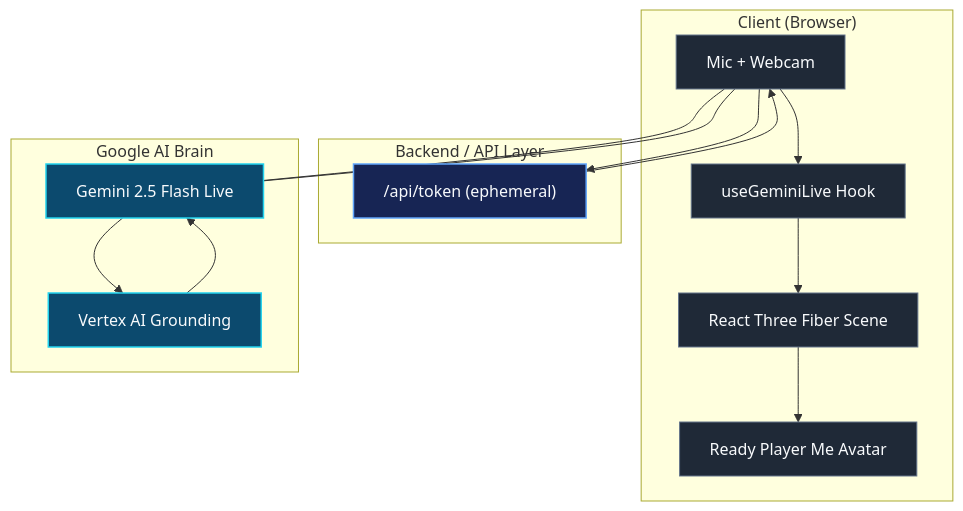
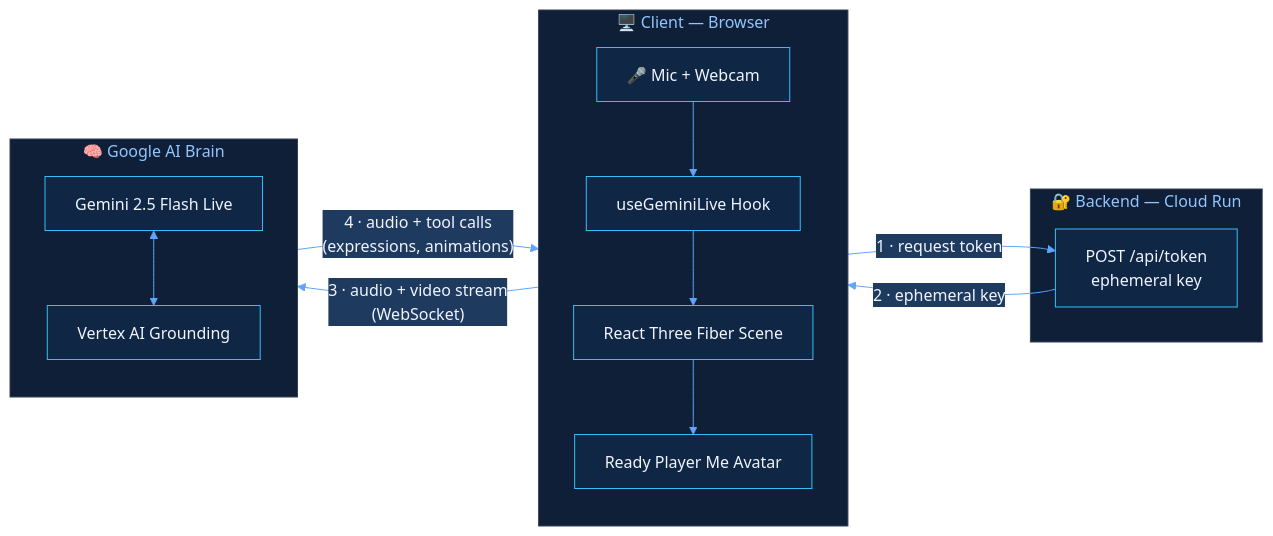
Before and after one commit to Kshitijm7/digital-persona: the first of 2 diagrams in docs/architecture.md, drawn with Mermaid. The commit also changed other lines of this file and 20 other files, not shown here.

````diff
--- a/docs/architecture.md
+++ b/docs/architecture.md
@@ -9,33 +12,28 @@
 ```mermaid
-flowchart TD
-    classDef client fill:#111827,stroke:#38bdf8,stroke-width:1.5px,color:#f8fafc
-    classDef backend fill:#172554,stroke:#60a5fa,stroke-width:1.5px,color:#f8fafc
-    classDef model fill:#0c4a6e,stroke:#22d3ee,stroke-width:1.5px,color:#f8fafc
-    classDef component fill:#1f2937,stroke:#64748b,stroke-width:1px,color:#f8fafc
-
-    subgraph "Client (Browser)"
-        MIC["Mic + Webcam"]:::component
-        HOOK["useGeminiLive Hook"]:::component
-        R3F["React Three Fiber Scene"]:::component
-        AVATAR["Ready Player Me Avatar"]:::component
-        MIC --> HOOK
-        HOOK --> R3F
-        R3F --> AVATAR
+%%{init: { 'theme': 'base', 'look': 'default', 'themeVariables': { 'primaryColor': '#1e3a5f', 'primaryTextColor': '#f0f4ff', 'primaryBorderColor': '#38bdf8', 'lineColor': '#60a5fa', 'secondaryColor': '#0f2744', 'tertiaryColor': '#0c1a2e', 'background': '#0c1a2e', 'mainBkg': '#0f2744', 'nodeBorder': '#38bdf8', 'clusterBkg': '#0f1f38', 'clusterBorder': '#334155', 'titleColor': '#93c5fd', 'edgeLabelBackground': '#1e3a5f', 'fontFamily': 'Inter, system-ui, sans-serif' } } }%%
+flowchart LR
+    subgraph BROWSER["🖥️ Client — Browser"]
+        direction TB
+        MIC["🎤 Mic + Webcam"]
+        HOOK["useGeminiLive Hook"]
+        R3F["React Three Fiber Scene"]
+        AVATAR["Ready Player Me Avatar"]
+        MIC --> HOOK --> R3F --> AVATAR
     end
 
-    subgraph "Backend / API Layer"
-        TOKEN["/api/token (ephemeral)"]:::backend
+    subgraph BACKEND["🔐 Backend — Cloud Run"]
+        TOKEN["POST /api/token\nephemeral key"]
     end
 
-    subgraph "Google AI Brain"
-        GEMINI["Gemini 2.5 Flash Live"]:::model
-        VERTEX["Vertex AI Grounding"]:::model
+    subgraph AI["🧠 Google AI Brain"]
+        direction TB
+        GEMINI["Gemini 2.5 Flash Live"]
+        VERTEX["Vertex AI Grounding"]
+        GEMINI <--> VERTEX
     end
 
-    MIC --> TOKEN
-    TOKEN --> MIC
-    MIC --- GEMINI
-    GEMINI --- MIC
-    GEMINI --> VERTEX
-    VERTEX --> GEMINI
+    MIC -- "1 · request token" --> TOKEN
+    TOKEN -- "2 · ephemeral key" --> HOOK
+    HOOK -- "3 · audio + video stream\n(WebSocket)" --> GEMINI
+    GEMINI -- "4 · audio + tool calls\n(expressions, animations)" --> HOOK
 ```
````
